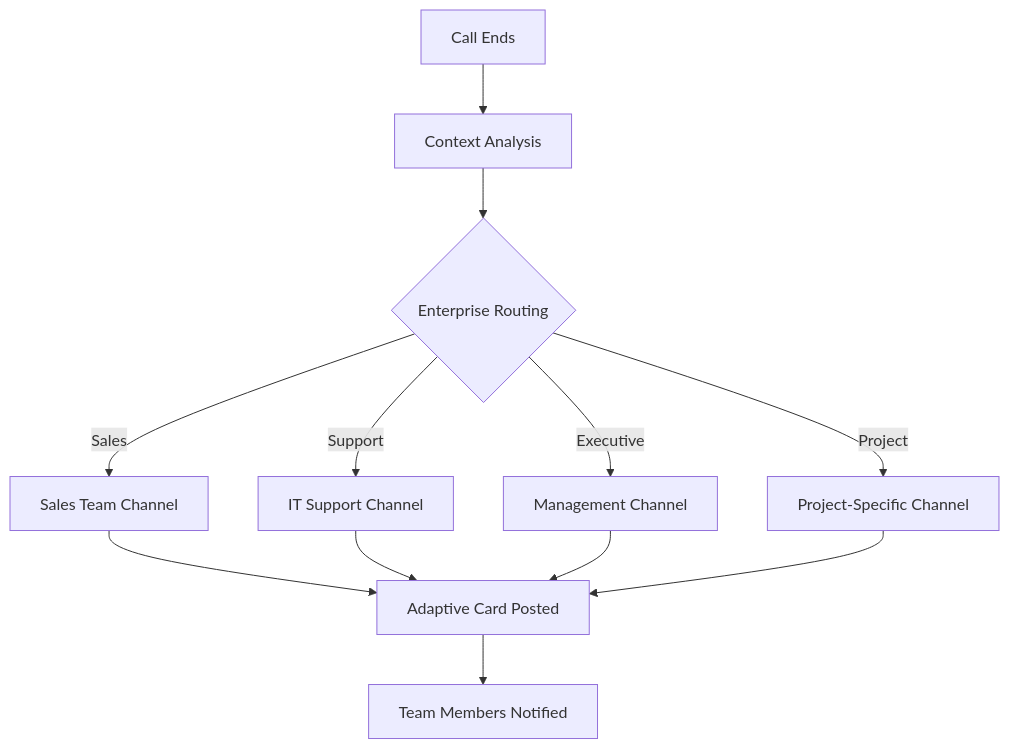
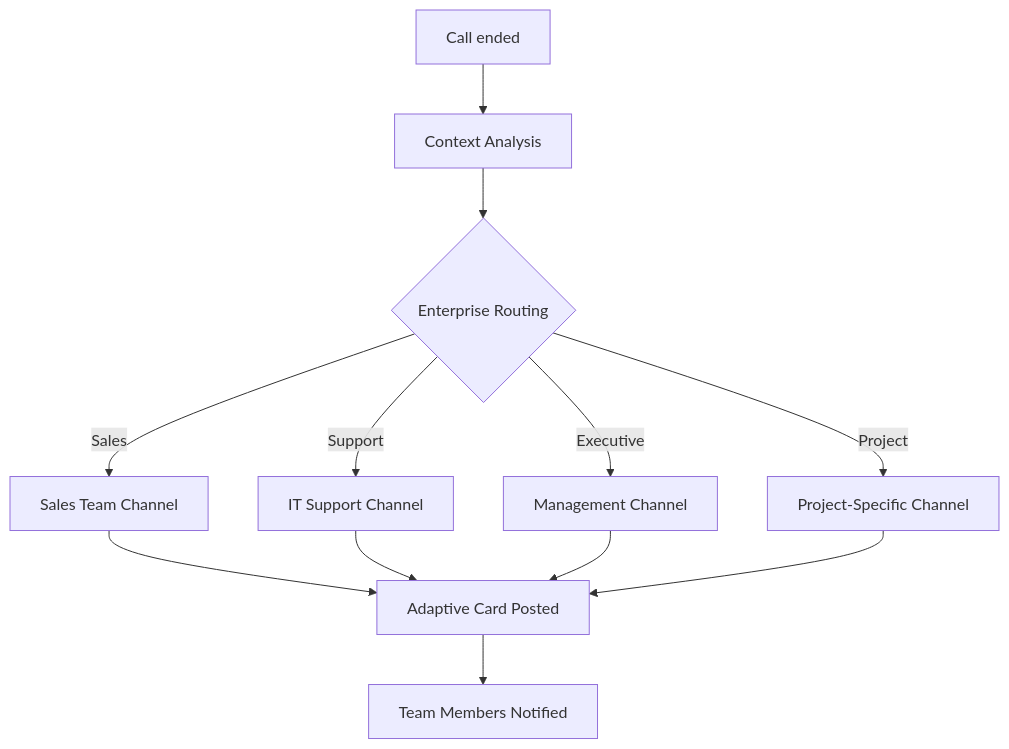
The diagram in en/automation-platform/integrations/einzelintegrations/microsoft-teams.mdx (bekgroup/Famulor-docs-de), drawn with Mermaid before and after one commit. The commit also changed other lines of this file and 273 other files, not shown here.

````diff
--- a/en/automation-platform/integrations/einzelintegrations/microsoft-teams.mdx
+++ b/en/automation-platform/integrations/einzelintegrations/microsoft-teams.mdx
@@ -35,14 +35,14 @@
 ```mermaid
 graph TB
-    A[Call Ends] --> B[Context Analysis]
+    A[Call ended] --> B[Context Analysis]
     B --> C{Enterprise Routing}
     C -->|Sales| D[Sales Team Channel]
     C -->|Support| E[IT Support Channel]
     C -->|Executive| F[Management Channel]
     C -->|Project| G[Project-Specific Channel]
     D --> H[Adaptive Card Posted]
     E --> H
     F --> H
     G --> H
     H --> I[Team Members Notified]
 ```
````
